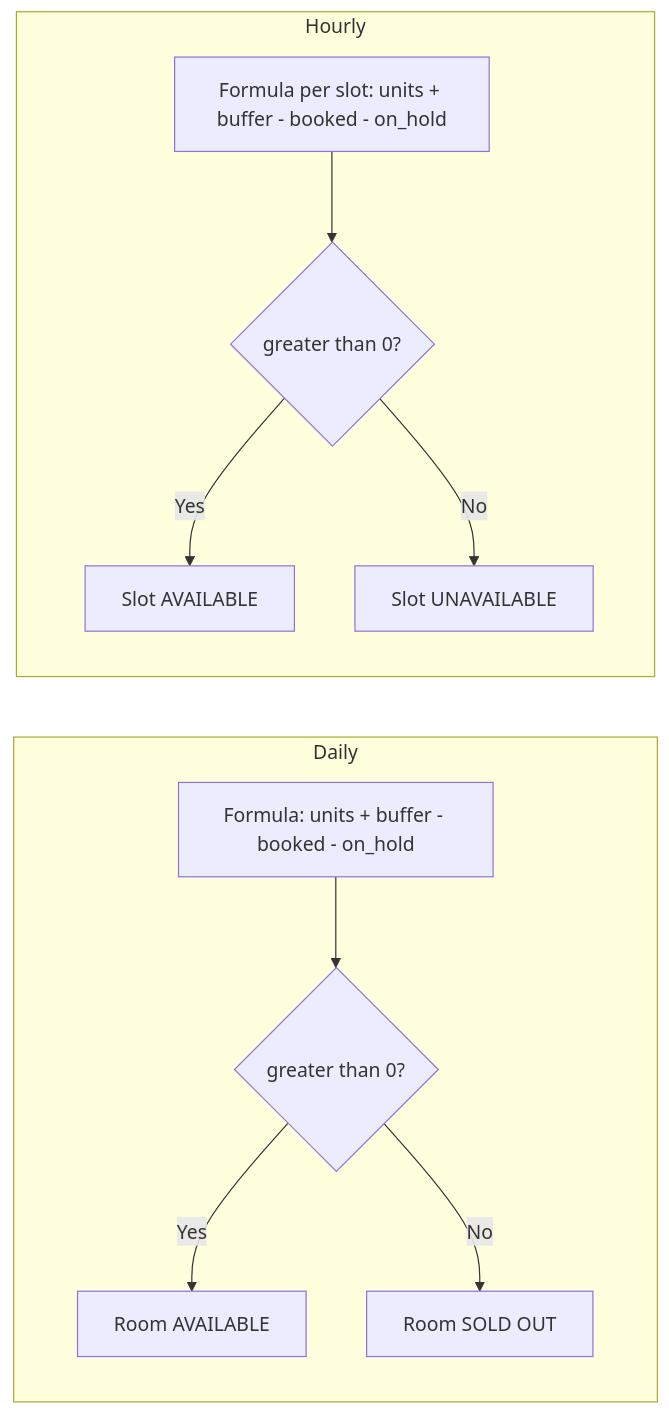
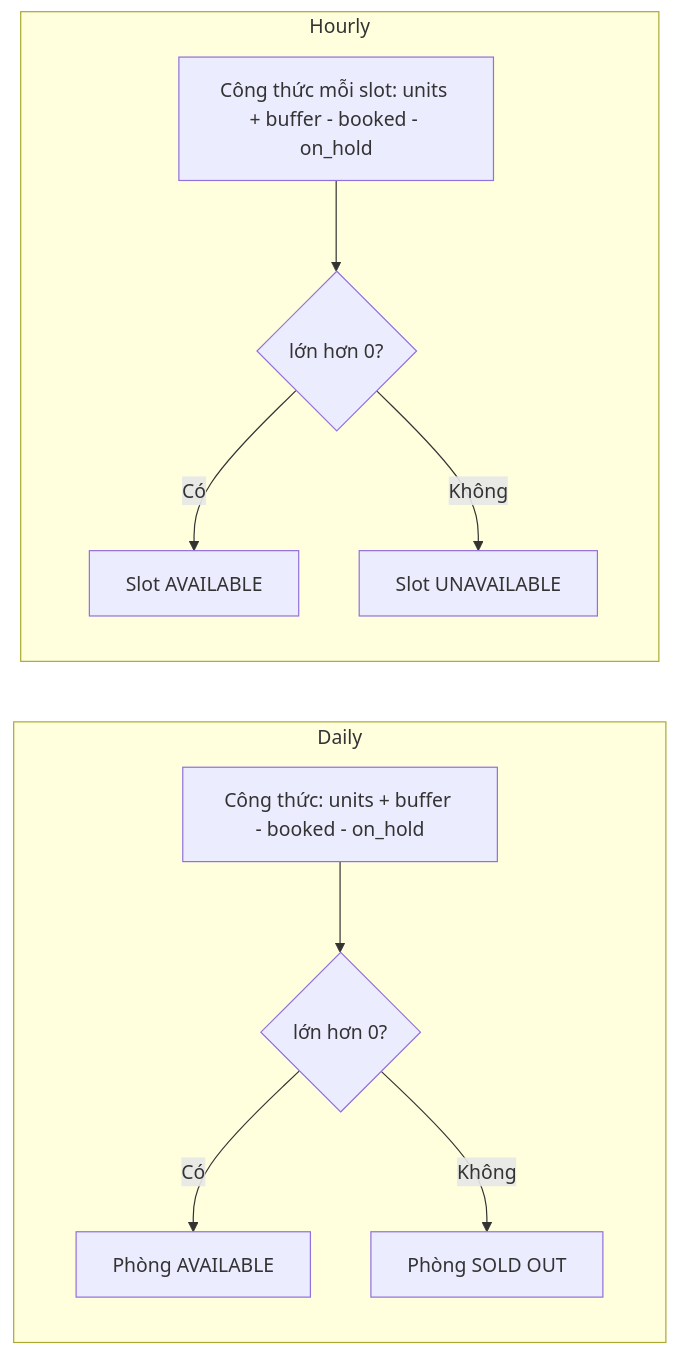
Before and after one commit to PhamVietHoangFPT/databaseHomi: diagram 12 of 54 in Mermaid.md, drawn with Mermaid. The commit also changed other lines of this file and 3 other files, not shown here.

````diff
--- a/Mermaid.md
+++ b/Mermaid.md
@@ -474,18 +474,18 @@
 ```mermaid
 flowchart LR
     subgraph Daily
-        D1[Formula: units + buffer - booked - on_hold]
-        D2{"greater than 0?"}
+        D1[Công thức: units + buffer - booked - on_hold]
+        D2{"lớn hơn 0?"}
         D1 --> D2
-        D2 -->|Yes| D3[Room AVAILABLE]
-        D2 -->|No| D4[Room SOLD OUT]
+        D2 -->|Có| D3[Phòng AVAILABLE]
+        D2 -->|Không| D4[Phòng SOLD OUT]
     end
 
     subgraph Hourly
-        H1[Formula per slot: units + buffer - booked - on_hold]
-        H2{"greater than 0?"}
+        H1[Công thức mỗi slot: units + buffer - booked - on_hold]
+        H2{"lớn hơn 0?"}
         H1 --> H2
-        H2 -->|Yes| H3[Slot AVAILABLE]
-        H2 -->|No| H4[Slot UNAVAILABLE]
+        H2 -->|Có| H3[Slot AVAILABLE]
+        H2 -->|Không| H4[Slot UNAVAILABLE]
     end
 ```
````
